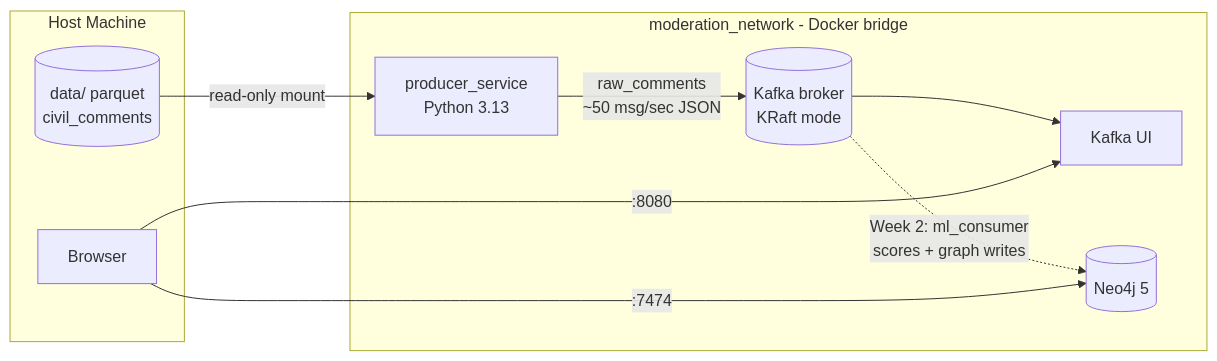
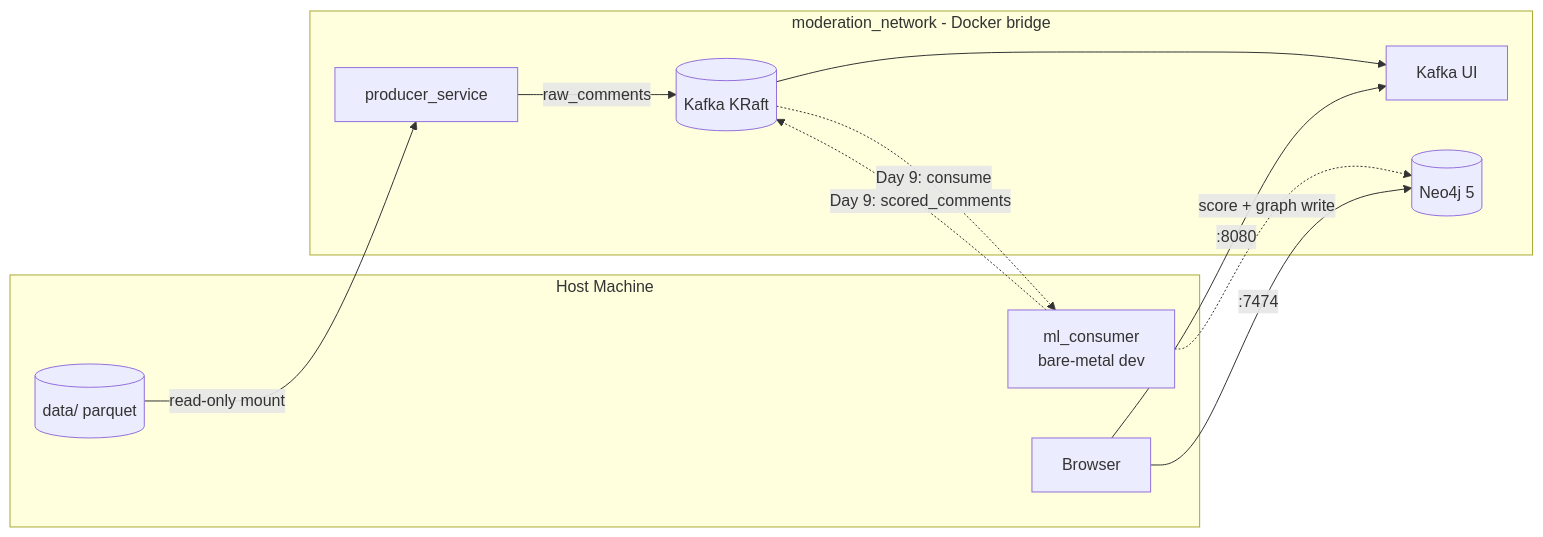
One commit to mj-weshh/realtime-moderation-engine changed the diagram in README.md. Above: the diagram before and after it, drawn with Mermaid. The commit also changed other lines of this file and 6 other files, not shown here.

Commit message:
docs: document ml consumer model loading, inference, and neo4j integration

````diff
--- a/README.md
+++ b/README.md
@@ -23,21 +24,24 @@
 ```mermaid
 flowchart LR
     subgraph hostMachine [Host Machine]
-        dataset[("data/ parquet<br/>civil_comments")]
+        dataset[("data/ parquet")]
+        mlConsumer[ml_consumer<br/>bare-metal dev]
         browser[Browser]
     end
 
     subgraph modNet [moderation_network - Docker bridge]
-        producer[producer_service<br/>Python 3.13]
-        kafka[(Kafka broker<br/>KRaft mode)]
+        producer[producer_service]
+        kafka[(Kafka KRaft)]
         kafkaui[Kafka UI]
         neo4j[(Neo4j 5)]
     end
 
     dataset -- "read-only mount" --> producer
-    producer -- "raw_comments<br/>~50 msg/sec JSON" --> kafka
+    producer -- "raw_comments" --> kafka
+    kafka -. "Day 9: consume" .-> mlConsumer
+    mlConsumer -. "score + graph write" .-> neo4j
+    mlConsumer -. "Day 9: scored_comments" .-> kafka
     kafka --> kafkaui
-    kafka -. "Week 2: ml_consumer<br/>scores + graph writes" .-> neo4j
     browser -- ":8080" --> kafkaui
     browser -- ":7474" --> neo4j
 ```
````
